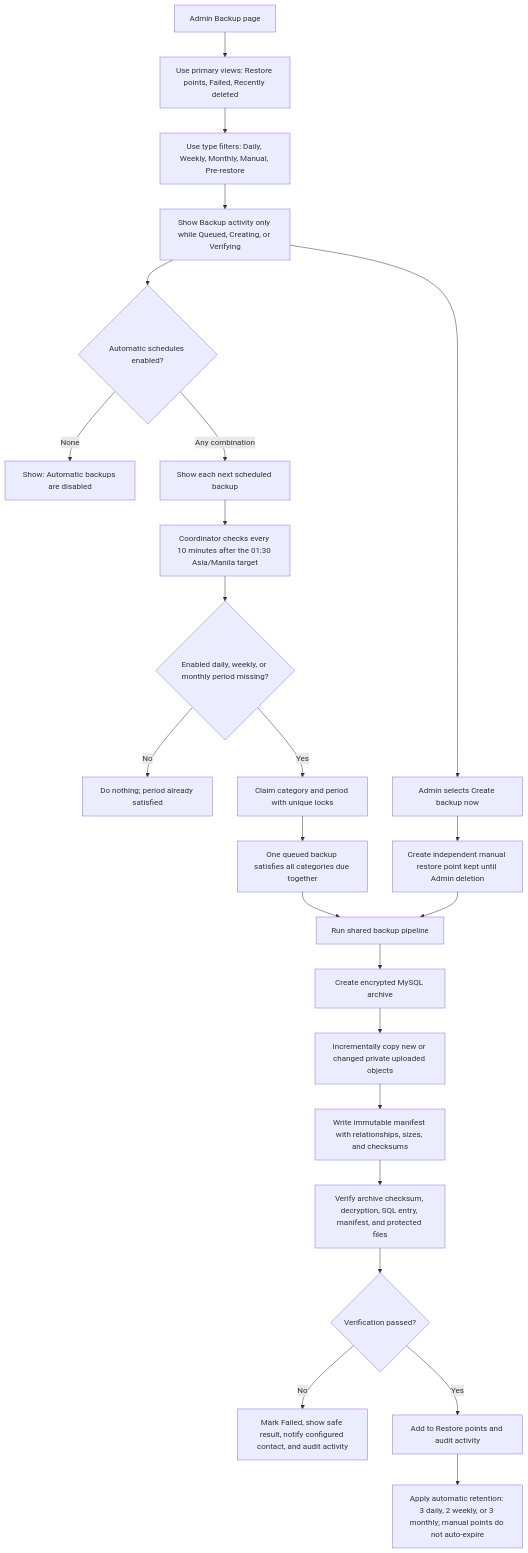
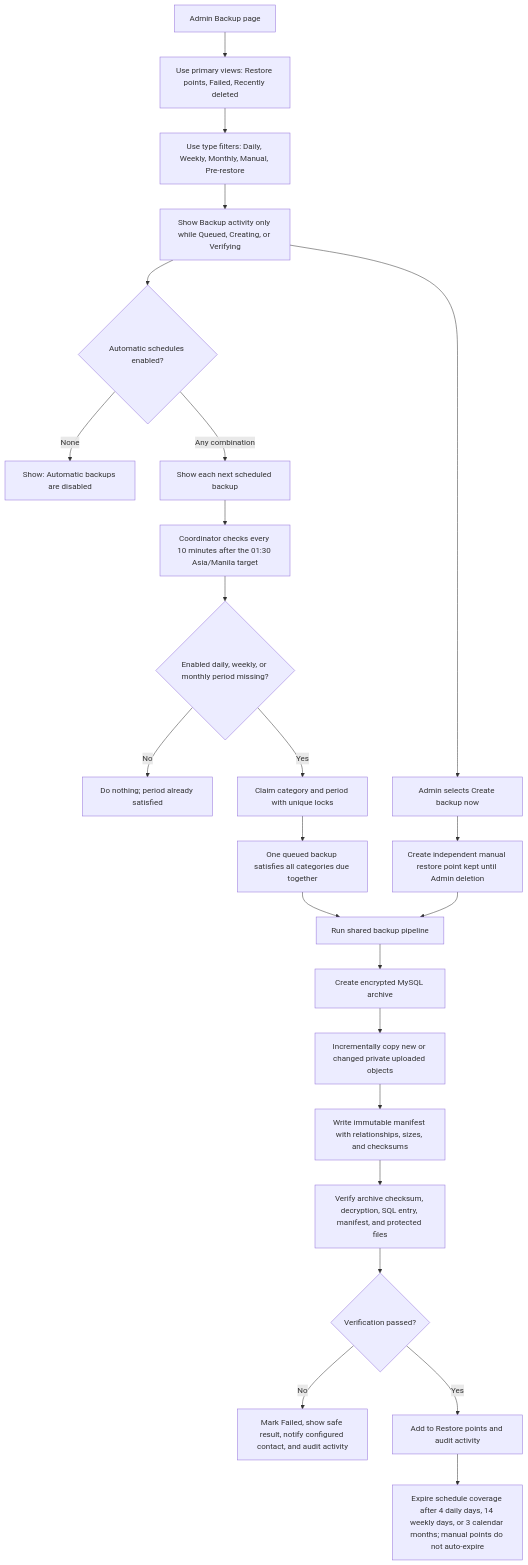
One commit to ja2gc/Nutriscope changed the first of 4 diagrams in docs/modules/Flowcharts/Backup and Recovery.md. Above: the diagram before and after it, drawn with Mermaid. The commit also changed other lines of this file and 63 other files, not shown here.

````diff
--- a/docs/modules/Flowcharts/Backup and Recovery.md
+++ b/docs/modules/Flowcharts/Backup and Recovery.md
@@ -7,26 +7,26 @@
 ```mermaid
 flowchart TD
     A["Admin Backup page"] --> A1["Use primary views: Restore points, Failed, Recently deleted"]
     A1 --> A2["Use type filters: Daily, Weekly, Monthly, Manual, Pre-restore"]
     A2 --> A3["Show Backup activity only while Queued, Creating, or Verifying"]
     A3 --> B{"Automatic schedules enabled?"}
     B -->|"None"| C["Show: Automatic backups are disabled"]
     B -->|"Any combination"| D["Show each next scheduled backup"]
     D --> E["Coordinator checks every 10 minutes after the 01:30 Asia/Manila target"]
     E --> F{"Enabled daily, weekly, or monthly period missing?"}
     F -->|"No"| G["Do nothing; period already satisfied"]
     F -->|"Yes"| H["Claim category and period with unique locks"]
     H --> I["One queued backup satisfies all categories due together"]
     A3 --> J["Admin selects Create backup now"]
     J --> K["Create independent manual restore point kept until Admin deletion"]
     I --> L["Run shared backup pipeline"]
     K --> L
     L --> M["Create encrypted MySQL archive"]
     M --> N["Incrementally copy new or changed private uploaded objects"]
     N --> O["Write immutable manifest with relationships, sizes, and checksums"]
     O --> P["Verify archive checksum, decryption, SQL entry, manifest, and protected files"]
     P --> Q{"Verification passed?"}
     Q -->|"No"| R["Mark Failed, show safe result, notify configured contact, and audit activity"]
     Q -->|"Yes"| S["Add to Restore points and audit activity"]
-    S --> T["Apply automatic retention: 3 daily, 2 weekly, or 3 monthly; manual points do not auto-expire"]
+    S --> T["Expire schedule coverage after 4 daily days, 14 weekly days, or 3 calendar months; manual points do not auto-expire"]
 ```
````
